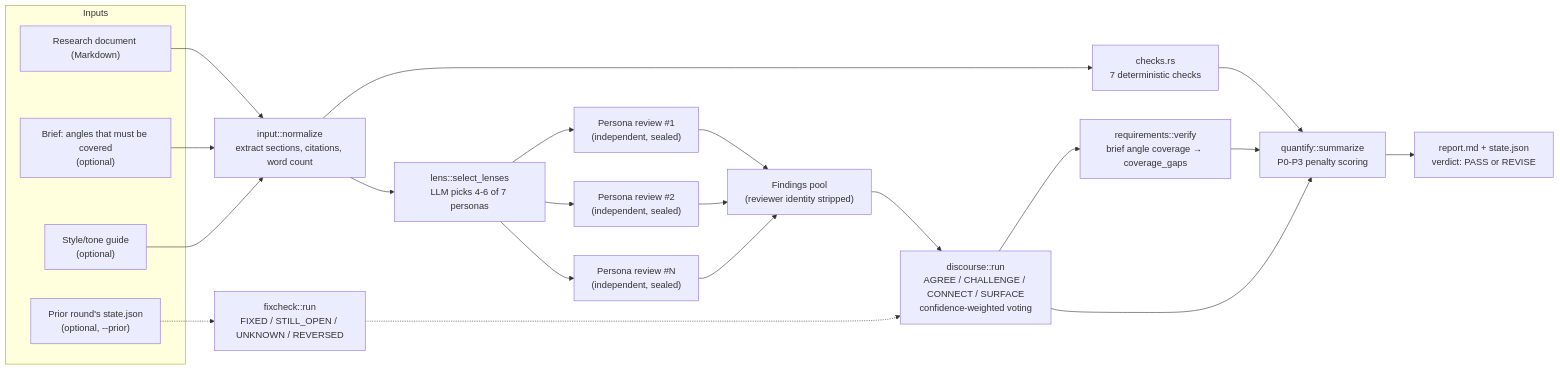
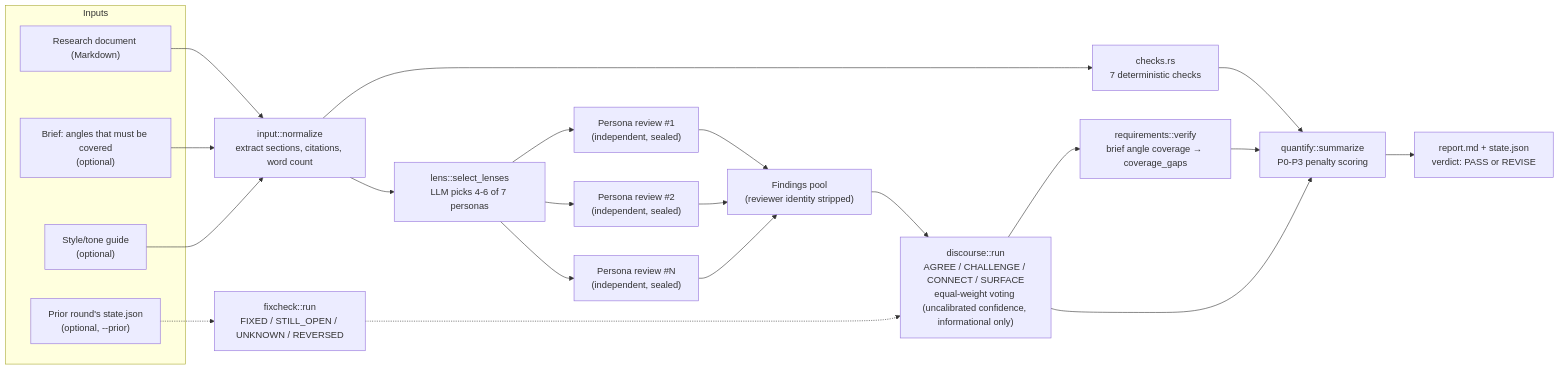
The first of 5 diagrams in README.md (Loop-Suite/research-loop), drawn with Mermaid before and after one commit. The commit also changed other lines of this file and 1 other file, not shown here.

First line of the commit message:
fix(discourse): confidence 자기신고 가중치 제거, 균등 가중 투표로 전환 (Addresses #3)

````diff
--- a/README.md
+++ b/README.md
@@ -26,35 +26,35 @@
 ```mermaid
 flowchart LR
     subgraph Inputs
         DOC["Research document (Markdown)"]
         BRIEF["Brief: angles that must be covered<br/>(optional)"]
         STYLE["Style/tone guide<br/>(optional)"]
         PRIOR["Prior round's state.json<br/>(optional, --prior)"]
     end
 
     DOC --> NORM["input::normalize<br/>extract sections, citations, word count"]
     BRIEF --> NORM
     STYLE --> NORM
 
     NORM --> CHECKS["checks.rs<br/>7 deterministic checks"]
     NORM --> SELECT["lens::select_lenses<br/>LLM picks 4-6 of 7 personas"]
 
     SELECT --> REV1["Persona review #1<br/>(independent, sealed)"]
     SELECT --> REV2["Persona review #2<br/>(independent, sealed)"]
     SELECT --> REVN["Persona review #N<br/>(independent, sealed)"]
 
     REV1 --> POOL["Findings pool<br/>(reviewer identity stripped)"]
     REV2 --> POOL
     REVN --> POOL
 
-    POOL --> DISCOURSE["discourse::run<br/>AGREE / CHALLENGE / CONNECT / SURFACE<br/>confidence-weighted voting"]
+    POOL --> DISCOURSE["discourse::run<br/>AGREE / CHALLENGE / CONNECT / SURFACE<br/>equal-weight voting (uncalibrated confidence, informational only)"]
     PRIOR -.-> FIXCHECK["fixcheck::run<br/>FIXED / STILL_OPEN / UNKNOWN / REVERSED"]
     FIXCHECK -.-> DISCOURSE
 
     DISCOURSE --> COVERAGE["requirements::verify<br/>brief angle coverage → coverage_gaps"]
     CHECKS --> QUANT["quantify::summarize<br/>P0-P3 penalty scoring"]
     COVERAGE --> QUANT
     DISCOURSE --> QUANT
 
     QUANT --> REPORT["report.md + state.json<br/>verdict: PASS or REVISE"]
 ```
````
